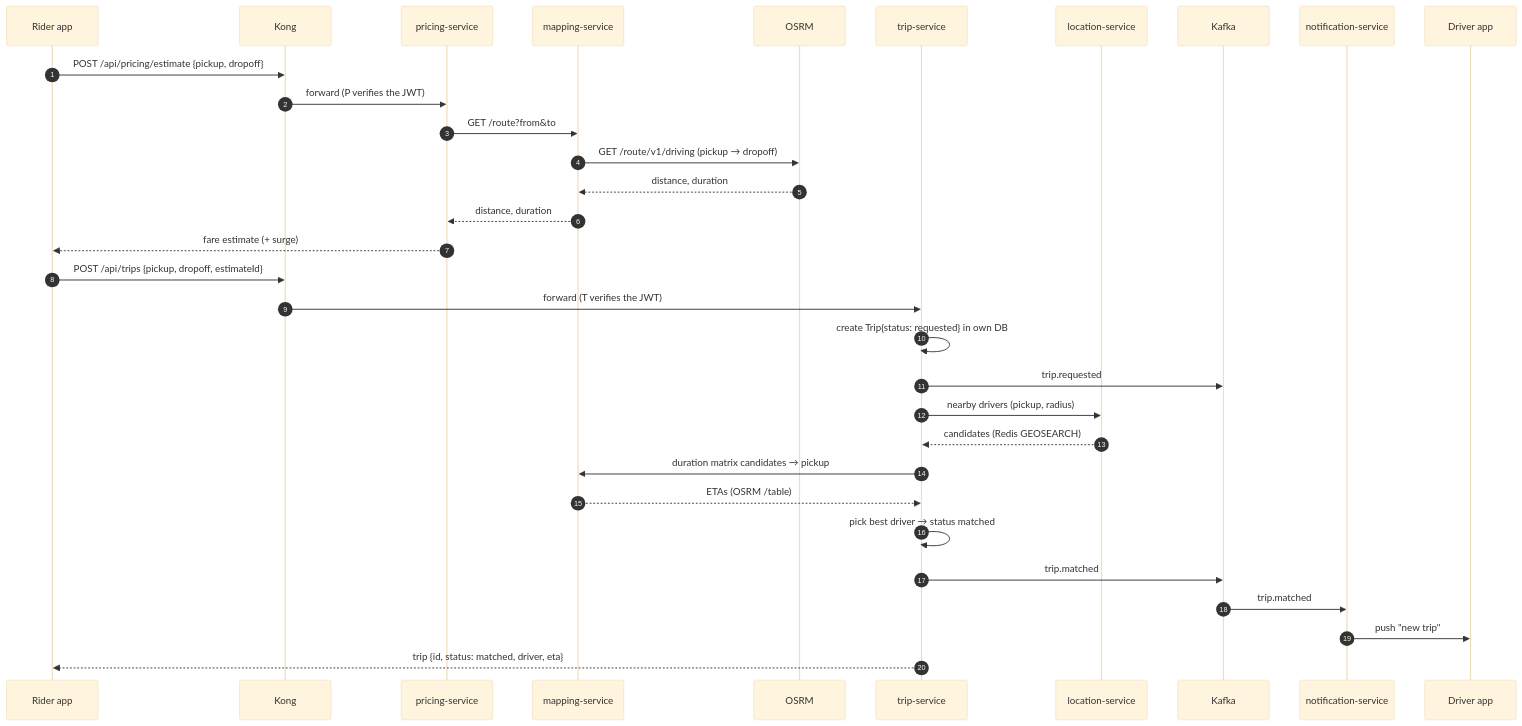
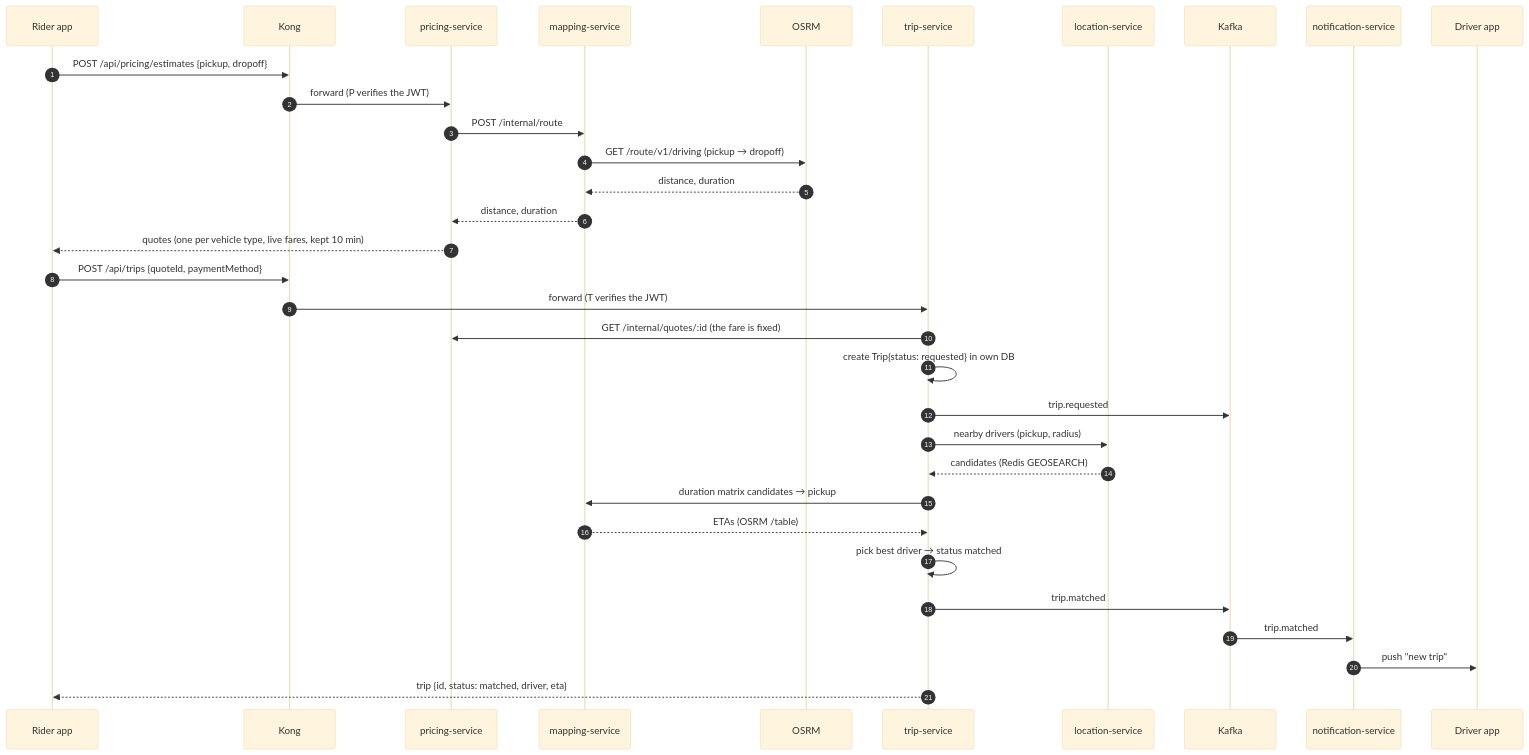
One commit to beab1212/Anbessa changed the sixth of 17 diagrams in docs/architecture/overview.md. Above: the diagram before and after it, drawn with Mermaid (base theme). The commit also changed other lines of this file and 120 other files, not shown here.

````diff
--- a/docs/architecture/overview.md
+++ b/docs/architecture/overview.md
@@ -264,36 +264,37 @@
 ```mermaid
 sequenceDiagram
   autonumber
   participant R as Rider app
   participant Kong
   participant P as pricing-service
   participant M as mapping-service
   participant O as OSRM
   participant T as trip-service
   participant L as location-service
   participant K as Kafka
   participant N as notification-service
   participant D as Driver app
 
-  R->>Kong: POST /api/pricing/estimate {pickup, dropoff}
+  R->>Kong: POST /api/pricing/estimates {pickup, dropoff}
   Kong->>P: forward (P verifies the JWT)
-  P->>M: GET /route?from&to
+  P->>M: POST /internal/route
   M->>O: GET /route/v1/driving (pickup → dropoff)
   O-->>M: distance, duration
   M-->>P: distance, duration
-  P-->>R: fare estimate (+ surge)
+  P-->>R: quotes (one per vehicle type, live fares, kept 10 min)
 
-  R->>Kong: POST /api/trips {pickup, dropoff, estimateId}
+  R->>Kong: POST /api/trips {quoteId, paymentMethod}
   Kong->>T: forward (T verifies the JWT)
+  T->>P: GET /internal/quotes/:id (the fare is fixed)
   T->>T: create Trip{status: requested} in own DB
   T->>K: trip.requested
   T->>L: nearby drivers (pickup, radius)
   L-->>T: candidates (Redis GEOSEARCH)
   T->>M: duration matrix candidates → pickup
   M-->>T: ETAs (OSRM /table)
   T->>T: pick best driver → status matched
   T->>K: trip.matched
   K->>N: trip.matched
   N->>D: push "new trip"
   T-->>R: trip {id, status: matched, driver, eta}
 ```
````
